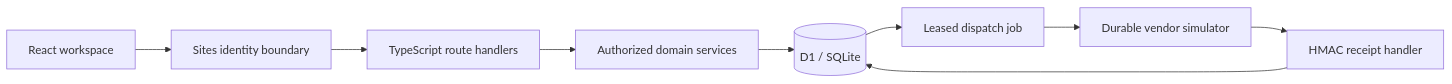
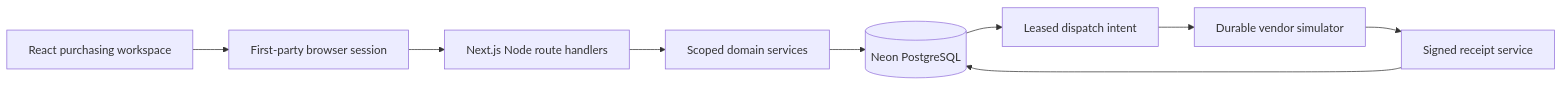
The diagram in README.md (nirajmohabey/procuredesk), drawn with Mermaid before and after one commit. The commit also changed other lines of this file and 24 other files, not shown here.

Commit message:
Run ProcureDesk natively on Vercel with PostgreSQL and private browser sessions

````diff
--- a/README.md
+++ b/README.md
@@ -60,11 +55,11 @@
 ```mermaid
 flowchart LR
-    Browser[React workspace] --> Auth[Sites identity boundary]
-    Auth --> API[TypeScript route handlers]
-    API --> Service[Authorized domain services]
-    Service --> DB[(D1 / SQLite)]
-    DB --> Outbox[Leased dispatch job]
+    Browser[React purchasing workspace] --> Session[First-party browser session]
+    Session --> API[Next.js Node route handlers]
+    API --> Service[Scoped domain services]
+    Service --> DB[(Neon PostgreSQL)]
+    DB --> Outbox[Leased dispatch intent]
     Outbox --> Vendor[Durable vendor simulator]
-    Vendor --> Receipt[HMAC receipt handler]
+    Vendor --> Receipt[Signed receipt service]
     Receipt --> DB
 ```
````
